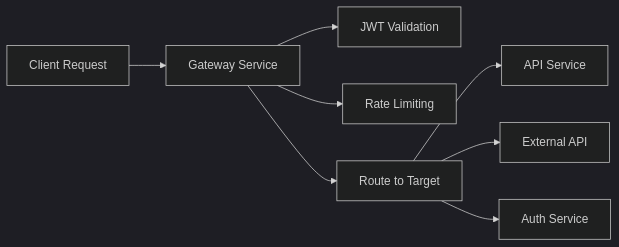
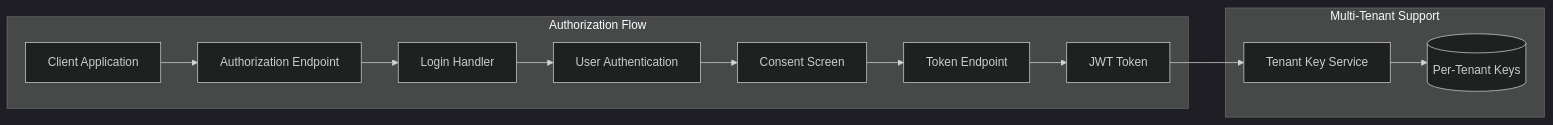
The fourth of 18 diagrams in docs/development/architecture/README.md (flamingo-stack/openframe-oss-lib), drawn with Mermaid (dark theme) before and after one commit. The commit also changed other lines of this file and 212 other files, not shown here.

````diff
--- a/docs/development/architecture/README.md
+++ b/docs/development/architecture/README.md
@@ -155,10 +217,16 @@
 ```mermaid
 flowchart LR
-    Client[Client Request] --> Gateway[Gateway Service]
-    Gateway --> JWTValidation[JWT Validation]
-    Gateway --> RateLimit[Rate Limiting]  
-    Gateway --> RouteTarget[Route to Target]
-    RouteTarget --> APIService[API Service]
-    RouteTarget --> ExternalAPI[External API]
-    RouteTarget --> AuthService[Auth Service]
+    subgraph "Authorization Flow"
+        Client[Client Application] --> AuthZ[Authorization Endpoint]
+        AuthZ --> Login[Login Handler]
+        Login --> UserAuth[User Authentication]
+        UserAuth --> Consent[Consent Screen]
+        Consent --> Token[Token Endpoint]
+        Token --> JWT[JWT Token]
+    end
+    
+    subgraph "Multi-Tenant Support"
+        JWT --> KeyService[Tenant Key Service]
+        KeyService --> TenantKeys[(Per-Tenant Keys)]
+    end
 ```
````
